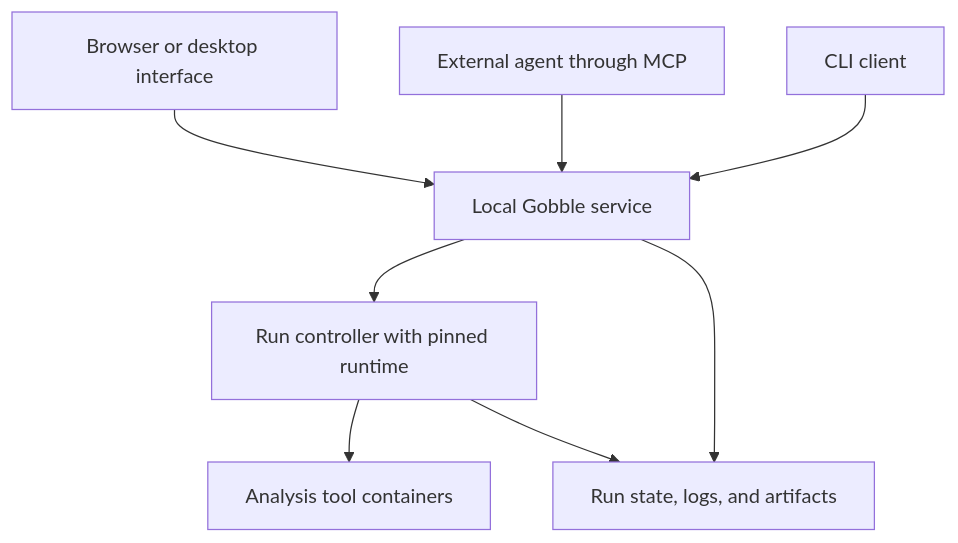
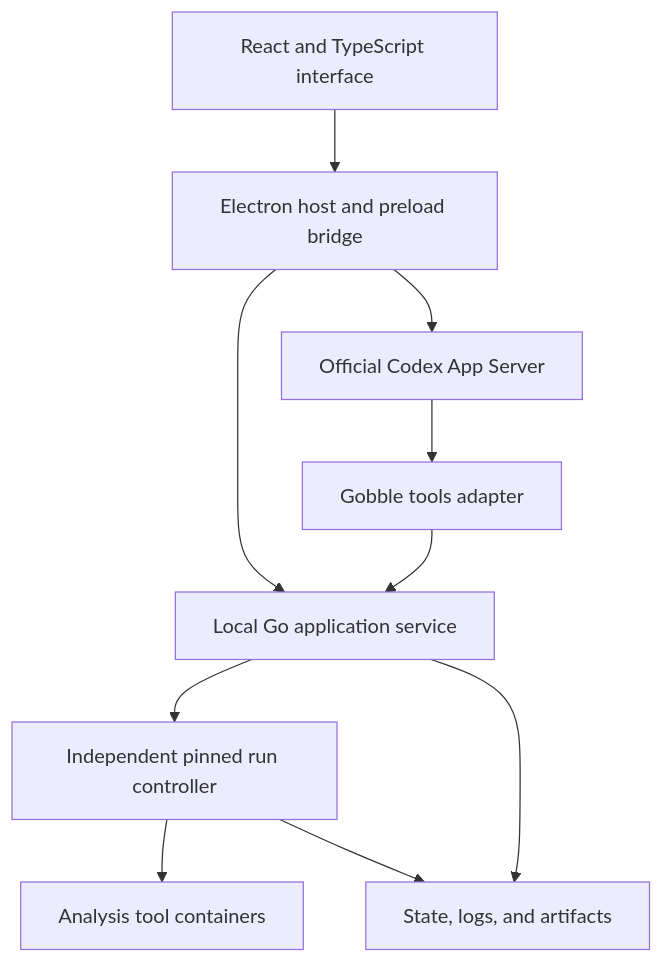
Before and after one commit to HahyeonJeon/gobble: the diagram in .gobbi/projects/gobble/memory/design/architecture/application.md, drawn with Mermaid. The commit also changed other lines of this file and 8 other files, not shown here.

Commit message:
docs: select Electron desktop and ChatGPT subscription agent

````diff
--- a/.gobbi/projects/gobble/memory/design/architecture/application.md
+++ b/.gobbi/projects/gobble/memory/design/architecture/application.md
@@ -64,10 +83,12 @@
 ```mermaid
 flowchart TD
-    UI["Browser or desktop interface"] --> Service["Local Gobble service"]
-    Agent["External agent through MCP"] --> Service
-    CLI["CLI client"] --> Service
-    Service --> Controller["Run controller with pinned runtime"]
+    UI["React and TypeScript interface"] --> Host["Electron host and preload bridge"]
+    Host --> Codex["Official Codex App Server"]
+    Host --> Service["Local Go application service"]
+    Codex --> Tools["Gobble tools adapter"]
+    Tools --> Service
+    Service --> Controller["Independent pinned run controller"]
     Controller --> Tasks["Analysis tool containers"]
-    Controller --> Workspace["Run state, logs, and artifacts"]
+    Controller --> Workspace["State, logs, and artifacts"]
     Service --> Workspace
 ```
````
